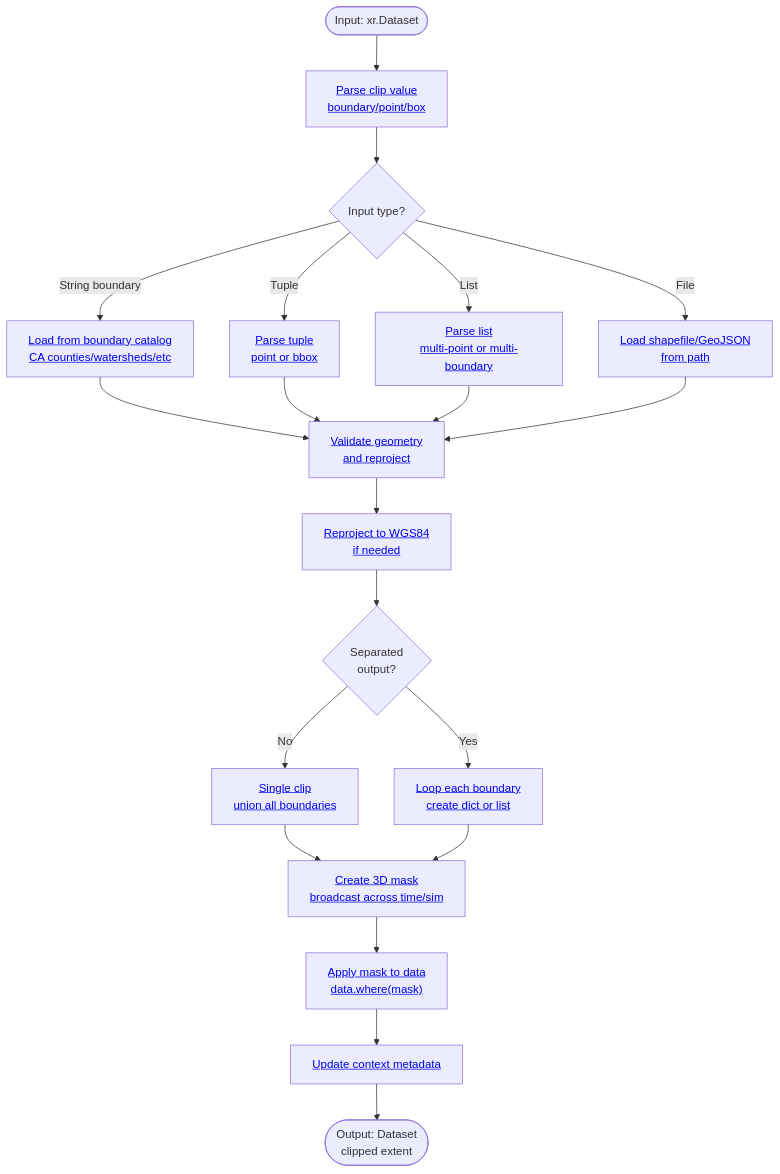
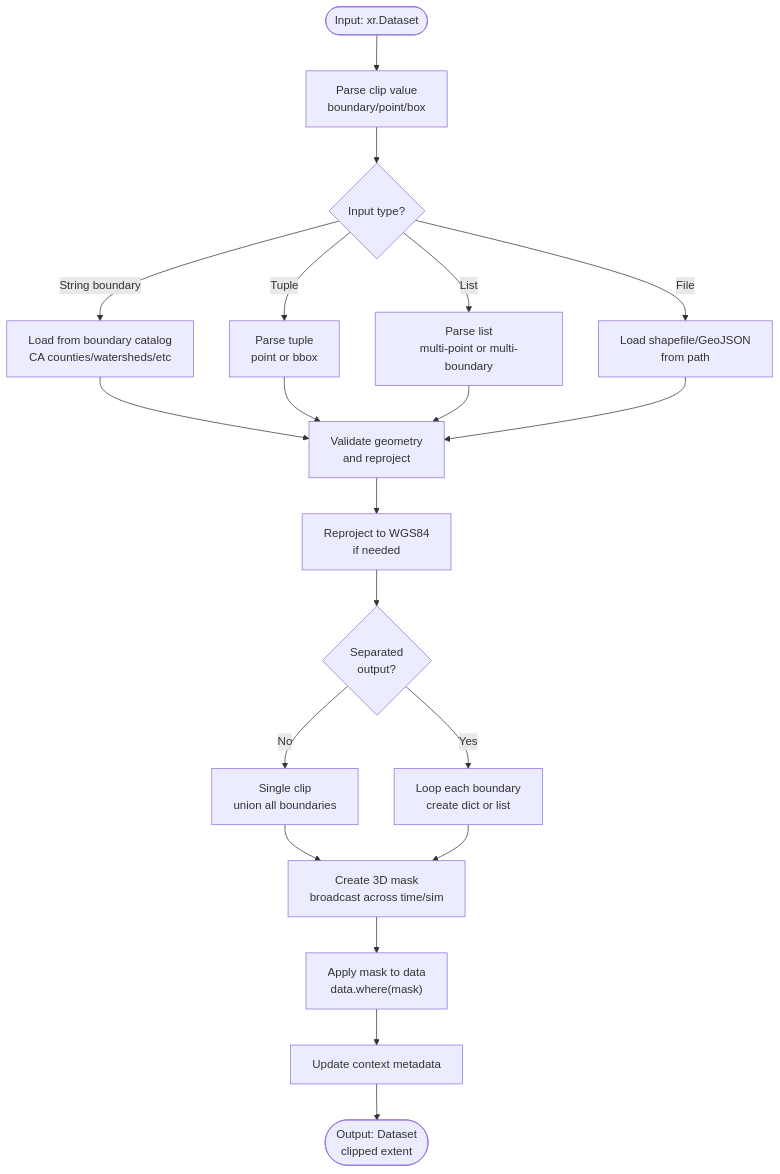
One commit to cal-adapt/climakitae changed the diagram in docs-mkdocs/new-core/processors/clip.md. Above: the diagram before and after it, drawn with Mermaid. The commit also changed 3 other files, not shown here.

First line of the commit message:
fix(docs): Replace HTML anchor tags with Mermaid click directives in processor flowcharts

````diff
--- a/docs-mkdocs/new-core/processors/clip.md
+++ b/docs-mkdocs/new-core/processors/clip.md
@@ -9,32 +9,45 @@
 ```mermaid
 flowchart TD
-    Start([Input: xr.Dataset]) --> ParseValue["<a href='https://github.com/cal-adapt/climakitae/blob/main/climakitae/new_core/processors/clip.py#L95'>Parse clip value<br/>boundary/point/box</a>"]
+    Start([Input: xr.Dataset]) --> ParseValue["Parse clip value<br/>boundary/point/box"]
     
     ParseValue --> CheckType{Input type?}
     
-    CheckType -->|String boundary| LoadBoundary["<a href='https://github.com/cal-adapt/climakitae/blob/main/climakitae/new_core/processors/clip.py#L120'>Load from boundary catalog<br/>CA counties/watersheds/etc</a>"]
-    CheckType -->|Tuple| ParseTuple["<a href='https://github.com/cal-adapt/climakitae/blob/main/climakitae/new_core/processors/clip.py#L145'>Parse tuple<br/>point or bbox</a>"]
-    CheckType -->|List| ParseList["<a href='https://github.com/cal-adapt/climakitae/blob/main/climakitae/new_core/processors/clip.py#L165'>Parse list<br/>multi-point or multi-boundary</a>"]
-    CheckType -->|File| LoadFile["<a href='https://github.com/cal-adapt/climakitae/blob/main/climakitae/new_core/processors/clip.py#L185'>Load shapefile/GeoJSON<br/>from path</a>"]
+    CheckType -->|String boundary| LoadBoundary["Load from boundary catalog<br/>CA counties/watersheds/etc"]
+    CheckType -->|Tuple| ParseTuple["Parse tuple<br/>point or bbox"]
+    CheckType -->|List| ParseList["Parse list<br/>multi-point or multi-boundary"]
+    CheckType -->|File| LoadFile["Load shapefile/GeoJSON<br/>from path"]
     
-    LoadBoundary --> ValidateGeom["<a href='https://github.com/cal-adapt/climakitae/blob/main/climakitae/new_core/processors/clip.py#L200'>Validate geometry<br/>and reproject</a>"]
+    LoadBoundary --> ValidateGeom["Validate geometry<br/>and reproject"]
     ParseTuple --> ValidateGeom
     ParseList --> ValidateGeom
     LoadFile --> ValidateGeom
     
-    ValidateGeom --> ToWGS["<a href='https://github.com/cal-adapt/climakitae/blob/main/climakitae/new_core/processors/clip.py#L215'>Reproject to WGS84<br/>if needed</a>"]
+    ValidateGeom --> ToWGS["Reproject to WGS84<br/>if needed"]
     
     ToWGS --> CheckSeparated{Separated<br/>output?}
     
-    CheckSeparated -->|No| SingleClip["<a href='https://github.com/cal-adapt/climakitae/blob/main/climakitae/new_core/processors/clip.py#L230'>Single clip<br/>union all boundaries</a>"]
-    CheckSeparated -->|Yes| LoopClip["<a href='https://github.com/cal-adapt/climakitae/blob/main/climakitae/new_core/processors/clip.py#L245'>Loop each boundary<br/>create dict or list</a>"]
+    CheckSeparated -->|No| SingleClip["Single clip<br/>union all boundaries"]
+    CheckSeparated -->|Yes| LoopClip["Loop each boundary<br/>create dict or list"]
     
-    SingleClip --> Mask3D["<a href='https://github.com/cal-adapt/climakitae/blob/main/climakitae/new_core/processors/clip.py#L260'>Create 3D mask<br/>broadcast across time/sim</a>"]
+    SingleClip --> Mask3D["Create 3D mask<br/>broadcast across time/sim"]
     LoopClip --> Mask3D
     
-    Mask3D --> ApplyMask["<a href='https://github.com/cal-adapt/climakitae/blob/main/climakitae/new_core/processors/clip.py#L275'>Apply mask to data<br/>data.where(mask)</a>"]
+    Mask3D --> ApplyMask["Apply mask to data<br/>data.where(mask)"]
     
-    ApplyMask --> UpdateCtx["<a href='https://github.com/cal-adapt/climakitae/blob/main/climakitae/new_core/processors/clip.py#L290'>Update context metadata</a>"]
+    ApplyMask --> UpdateCtx["Update context metadata"]
     
     UpdateCtx --> End([Output: Dataset<br/>clipped extent])
+    
+    click ParseValue "https://github.com/cal-adapt/climakitae/blob/main/climakitae/new_core/processors/clip.py#L95" "Parse clip value"
+    click LoadBoundary "https://github.com/cal-adapt/climakitae/blob/main/climakitae/new_core/processors/clip.py#L120" "Load from boundary catalog"
+    click ParseTuple "https://github.com/cal-adapt/climakitae/blob/main/climakitae/new_core/processors/clip.py#L145" "Parse tuple"
+    click ParseList "https://github.com/cal-adapt/climakitae/blob/main/climakitae/new_core/processors/clip.py#L165" "Parse list"
+    click LoadFile "https://github.com/cal-adapt/climakitae/blob/main/climakitae/new_core/processors/clip.py#L185" "Load shapefile/GeoJSON"
+    click ValidateGeom "https://github.com/cal-adapt/climakitae/blob/main/climakitae/new_core/processors/clip.py#L200" "Validate geometry"
+    click ToWGS "https://github.com/cal-adapt/climakitae/blob/main/climakitae/new_core/processors/clip.py#L215" "Reproject to WGS84"
+    click SingleClip "https://github.com/cal-adapt/climakitae/blob/main/climakitae/new_core/processors/clip.py#L230" "Single clip"
+    click LoopClip "https://github.com/cal-adapt/climakitae/blob/main/climakitae/new_core/processors/clip.py#L245" "Loop each boundary"
+    click Mask3D "https://github.com/cal-adapt/climakitae/blob/main/climakitae/new_core/processors/clip.py#L260" "Create 3D mask"
+    click ApplyMask "https://github.com/cal-adapt/climakitae/blob/main/climakitae/new_core/processors/clip.py#L275" "Apply mask to data"
+    click UpdateCtx "https://github.com/cal-adapt/climakitae/blob/main/climakitae/new_core/processors/clip.py#L290" "Update context metadata"
 ```
````
